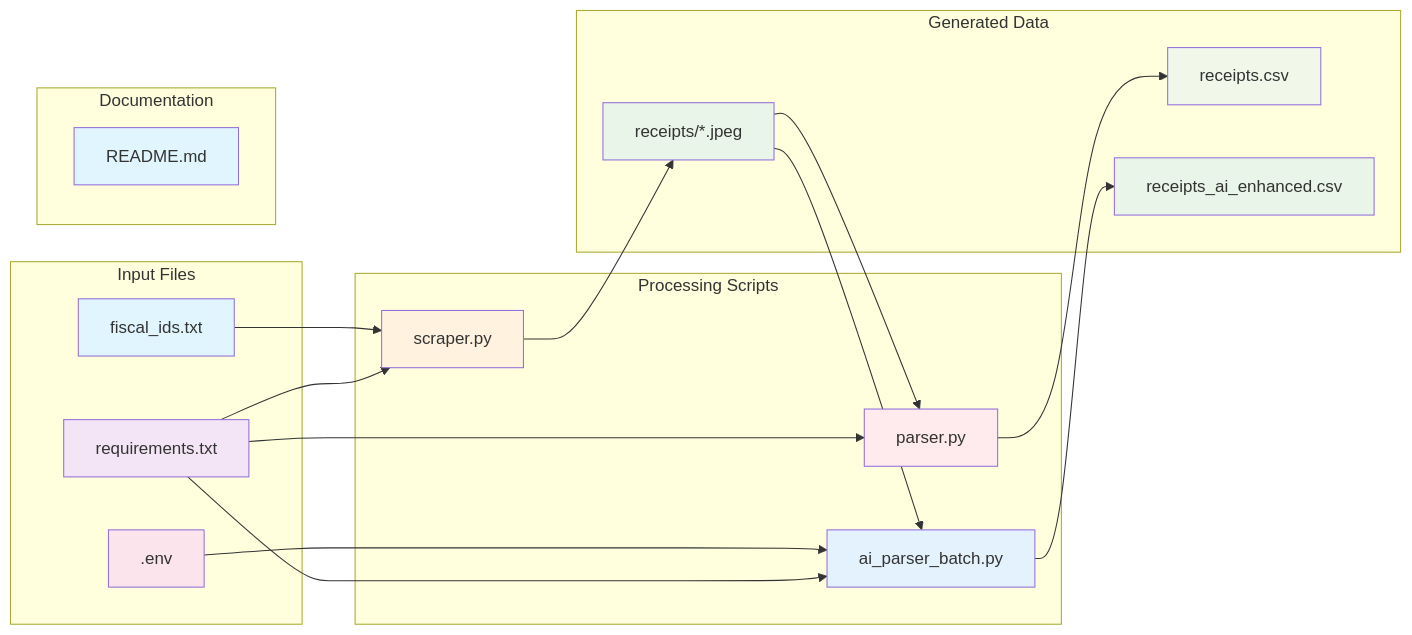
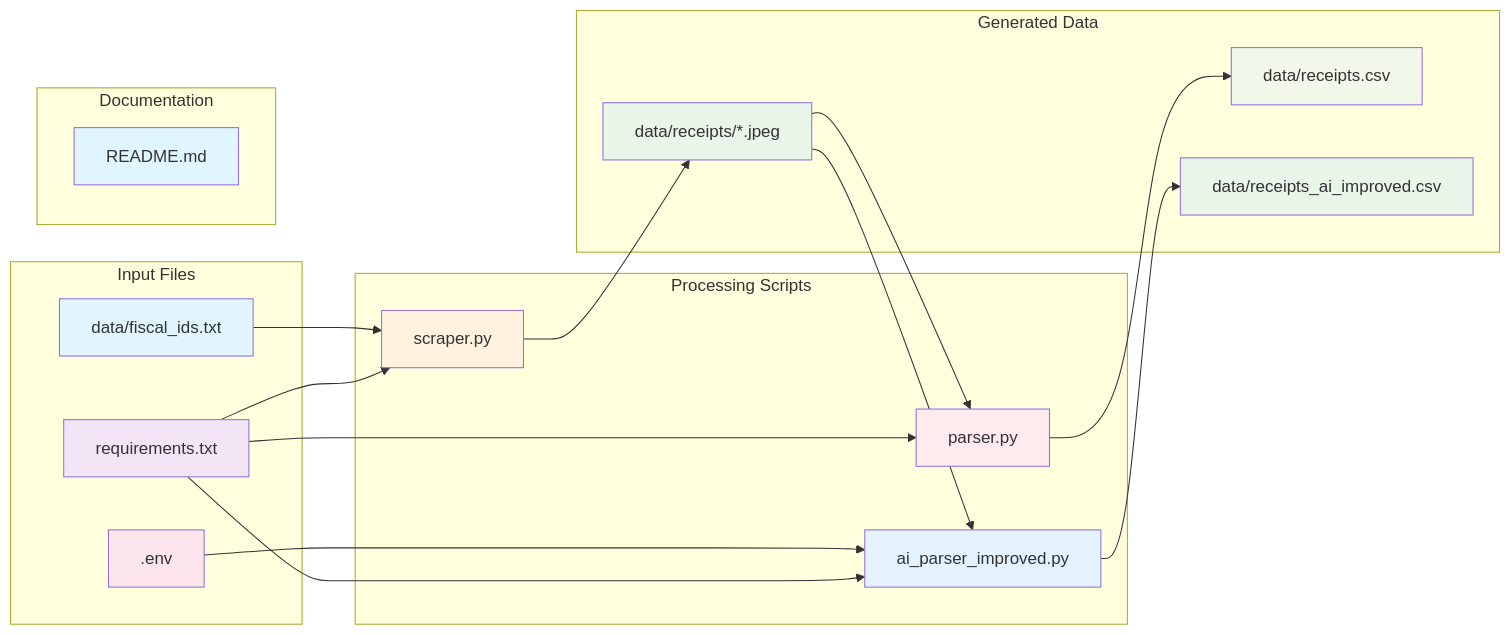
The third of 8 diagrams in README.md (scraper-bots/receipt_data), drawn with Mermaid before and after one commit. The commit also changed other lines of this file and 68 other files, not shown here.

````diff
--- a/README.md
+++ b/README.md
@@ -138,46 +140,46 @@
 ```mermaid
 graph LR
     subgraph "Input Files"
-        A[fiscal_ids.txt]
+        A[data/fiscal_ids.txt]
         B[.env]
         C[requirements.txt]
     end
     
     subgraph "Processing Scripts"
         D[scraper.py]
         E[parser.py]
-        F[ai_parser_batch.py]
+        F[ai_parser_improved.py]
     end
     
     subgraph "Generated Data"
-        G[receipts/*.jpeg]
-        H[receipts.csv]
-        I[receipts_ai_enhanced.csv]
+        G[data/receipts/*.jpeg]
+        H[data/receipts.csv]
+        I[data/receipts_ai_improved.csv]
     end
     
     subgraph "Documentation"
         J[README.md]
     end
     
     A --> D
     B --> F
     C --> D
     C --> E
     C --> F
     D --> G
     G --> E
     G --> F
     E --> H
     F --> I
     
     style A fill:#e1f5fe
     style B fill:#fce4ec
     style C fill:#f3e5f5
     style D fill:#fff3e0
     style E fill:#ffebee
     style F fill:#e3f2fd
     style G fill:#e8f5e8
     style H fill:#f1f8e9
     style I fill:#e8f5e8
     style J fill:#e1f5fe
 ```
````
